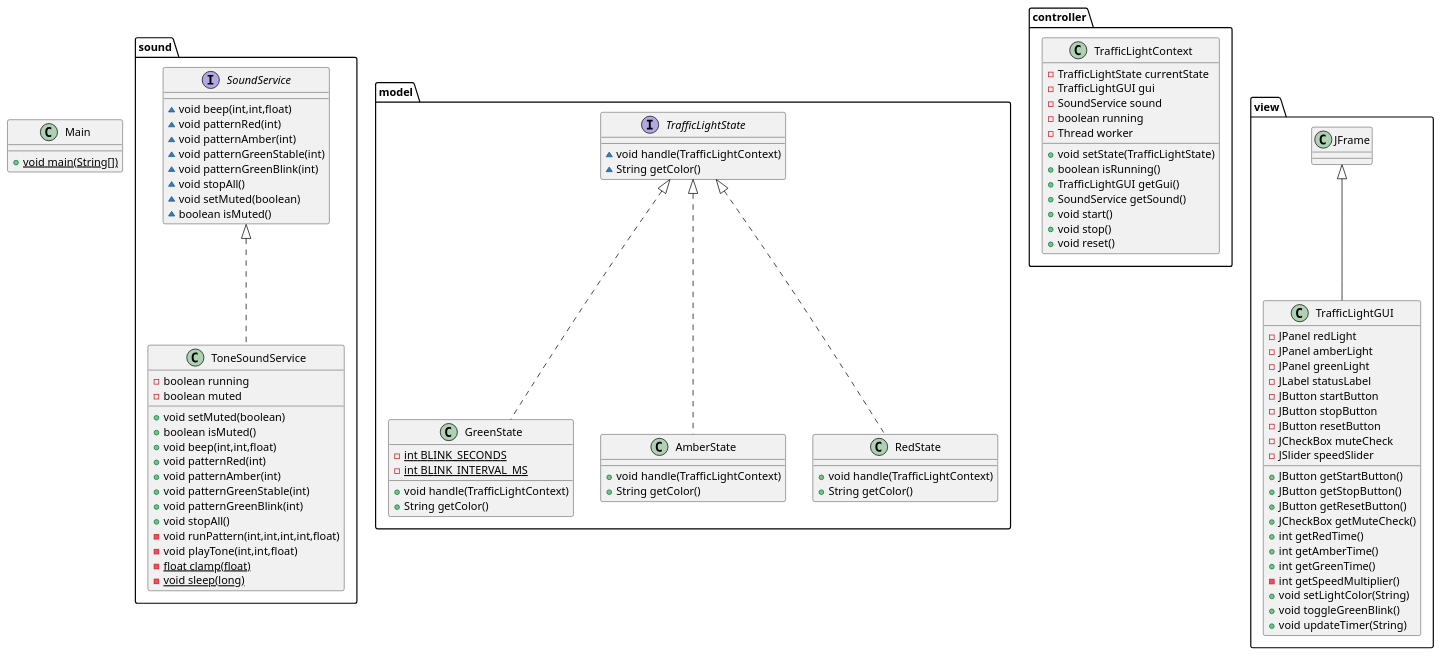
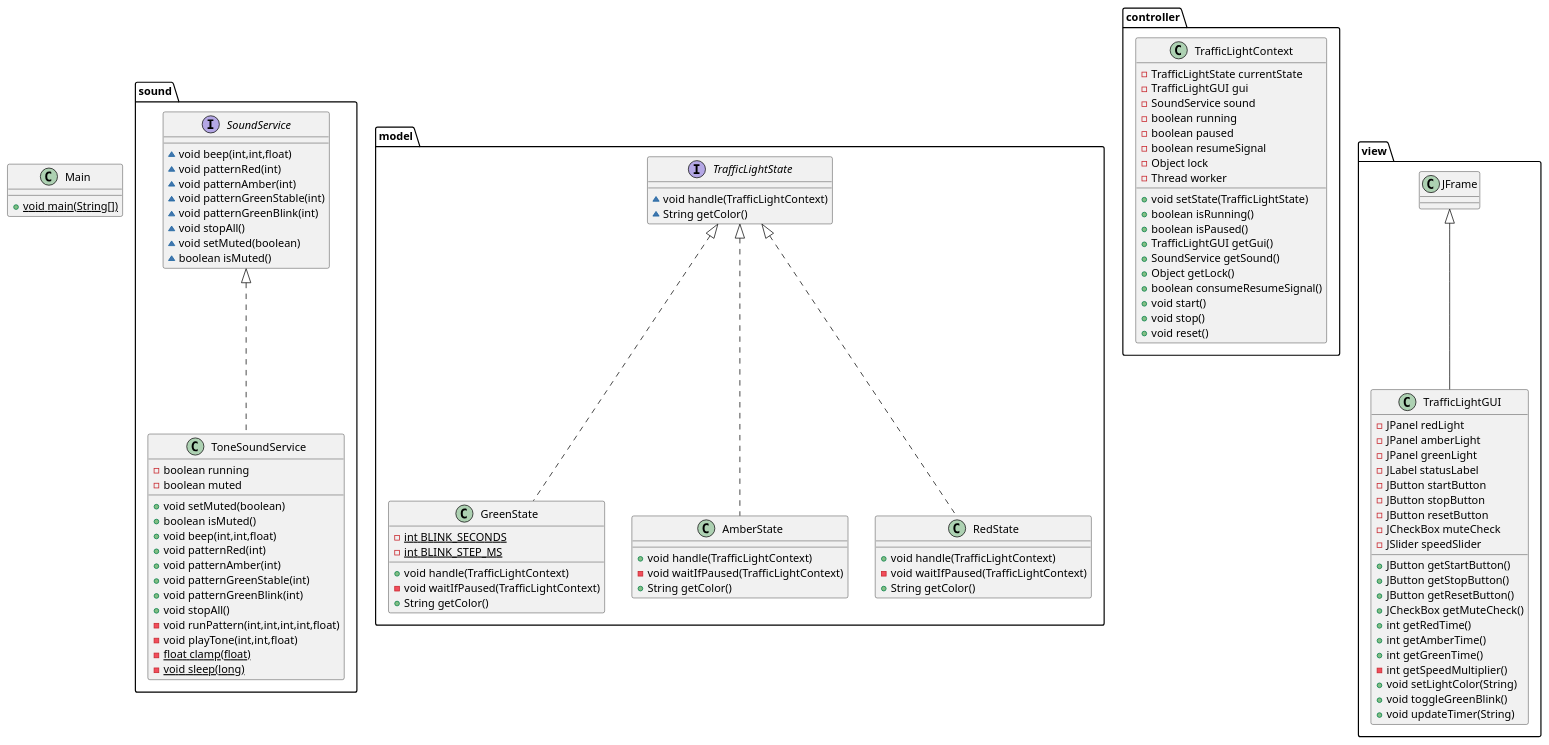
One commit to alerguezrojas/DAP-P4-25-26 changed the diagram in uml.puml. Above: the diagram before and after it, drawn with PlantUML. The commit also changed 2 other files, not shown here.

Commit message:
nuevo uml

```diff
--- a/uml.puml
+++ b/uml.puml
@@ -1,105 +1,114 @@
 @startuml
 class sound.ToneSoundService {
 - boolean running
 - boolean muted
 + void setMuted(boolean)
 + boolean isMuted()
 + void beep(int,int,float)
 + void patternRed(int)
 + void patternAmber(int)
 + void patternGreenStable(int)
 + void patternGreenBlink(int)
 + void stopAll()
 - void runPattern(int,int,int,int,float)
 - void playTone(int,int,float)
 - {static} float clamp(float)
 - {static} void sleep(long)
 }
 
 
 interface model.TrafficLightState {
 ~ void handle(TrafficLightContext)
 ~ String getColor()
 }
 
 class model.GreenState {
 - {static} int BLINK_SECONDS
-- {static} int BLINK_INTERVAL_MS
+- {static} int BLINK_STEP_MS
 + void handle(TrafficLightContext)
+- void waitIfPaused(TrafficLightContext)
 + String getColor()
 }
 
 
 interface sound.SoundService {
 ~ void beep(int,int,float)
 ~ void patternRed(int)
 ~ void patternAmber(int)
 ~ void patternGreenStable(int)
 ~ void patternGreenBlink(int)
 ~ void stopAll()
 ~ void setMuted(boolean)
 ~ boolean isMuted()
 }
 
 class controller.TrafficLightContext {
 - TrafficLightState currentState
 - TrafficLightGUI gui
 - SoundService sound
 - boolean running
+- boolean paused
+- boolean resumeSignal
+- Object lock
 - Thread worker
 + void setState(TrafficLightState)
 + boolean isRunning()
++ boolean isPaused()
 + TrafficLightGUI getGui()
 + SoundService getSound()
++ Object getLock()
++ boolean consumeResumeSignal()
 + void start()
 + void stop()
 + void reset()
 }
 
 
 class model.AmberState {
 + void handle(TrafficLightContext)
+- void waitIfPaused(TrafficLightContext)
 + String getColor()
 }
 
 class Main {
 + {static} void main(String[])
 }
 
 class view.TrafficLightGUI {
 - JPanel redLight
 - JPanel amberLight
 - JPanel greenLight
 - JLabel statusLabel
 - JButton startButton
 - JButton stopButton
 - JButton resetButton
 - JCheckBox muteCheck
 - JSlider speedSlider
 + JButton getStartButton()
 + JButton getStopButton()
 + JButton getResetButton()
 + JCheckBox getMuteCheck()
 + int getRedTime()
 + int getAmberTime()
 + int getGreenTime()
 - int getSpeedMultiplier()
 + void setLightColor(String)
 + void toggleGreenBlink()
 + void updateTimer(String)
 }
 
 
 class model.RedState {
 + void handle(TrafficLightContext)
+- void waitIfPaused(TrafficLightContext)
 + String getColor()
 }
 
 
 
 sound.SoundService <|.. sound.ToneSoundService
 model.TrafficLightState <|.. model.GreenState
 model.TrafficLightState <|.. model.AmberState
 view.JFrame <|-- view.TrafficLightGUI
 model.TrafficLightState <|.. model.RedState
 @enduml
```
